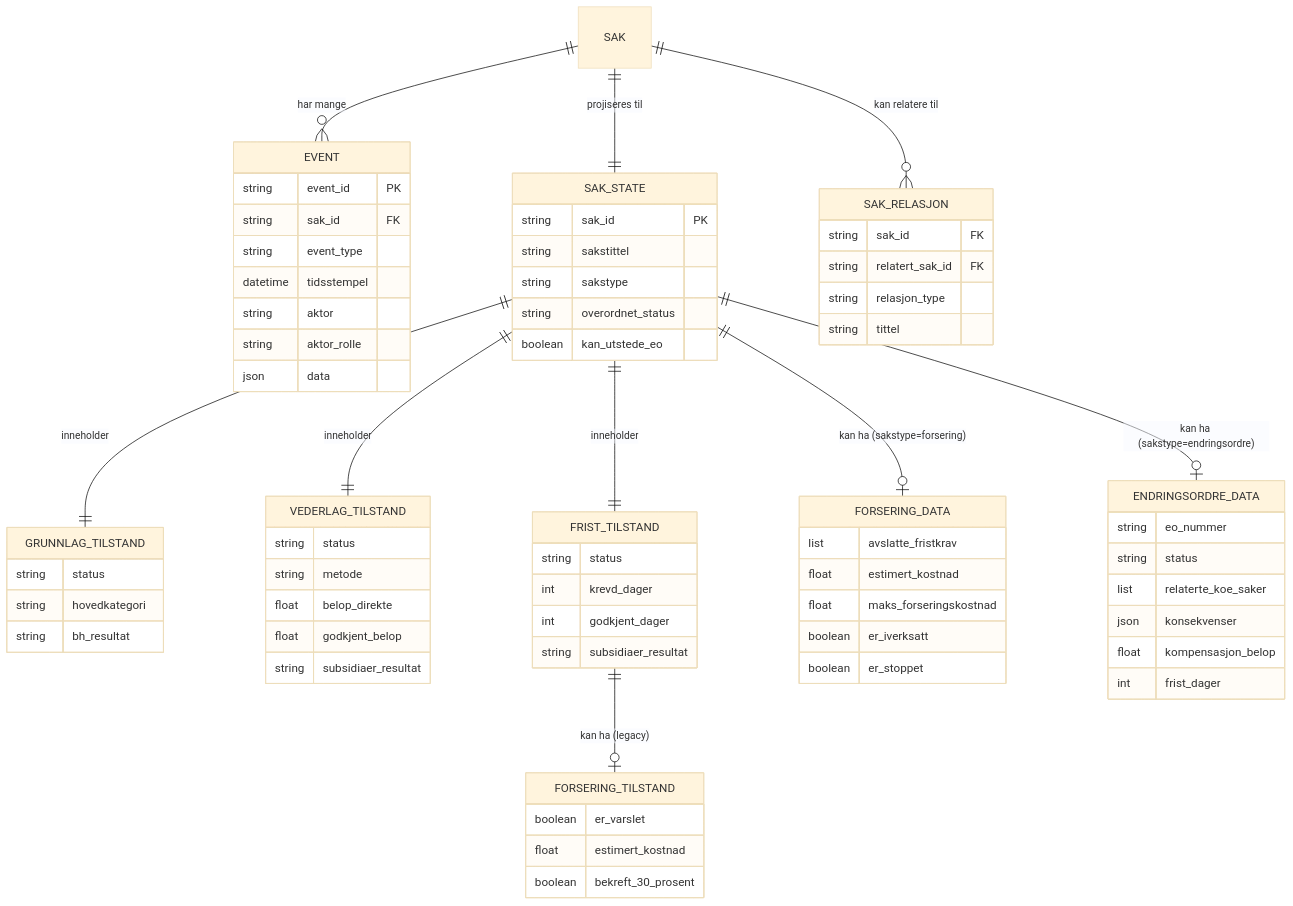
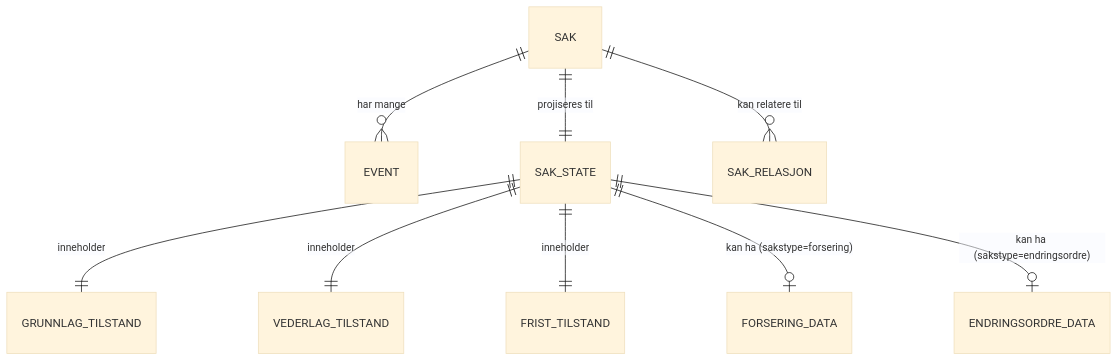
Before and after one commit to khjohns/unified-timeline: the first of 4 diagrams in docs/ARCHITECTURE_AND_DATAMODEL.md, drawn with Mermaid (base theme). The commit also changed other lines of this file, not shown here.

````diff
--- a/docs/ARCHITECTURE_AND_DATAMODEL.md
+++ b/docs/ARCHITECTURE_AND_DATAMODEL.md
@@ -318,75 +169,4 @@
     SAK_STATE ||--|| FRIST_TILSTAND : "inneholder"
     SAK_STATE ||--o| FORSERING_DATA : "kan ha (sakstype=forsering)"
     SAK_STATE ||--o| ENDRINGSORDRE_DATA : "kan ha (sakstype=endringsordre)"
-
-    FRIST_TILSTAND ||--o| FORSERING_TILSTAND : "kan ha (legacy)"
-
-    EVENT {
-        string event_id PK
-        string sak_id FK
-        string event_type
-        datetime tidsstempel
-        string aktor
-        string aktor_rolle
-        json data
-    }
-
-    SAK_STATE {
-        string sak_id PK
-        string sakstittel
-        string sakstype
-        string overordnet_status
-        boolean kan_utstede_eo
-    }
-
-    SAK_RELASJON {
-        string sak_id FK
-        string relatert_sak_id FK
-        string relasjon_type
-        string tittel
-    }
-
-    GRUNNLAG_TILSTAND {
-        string status
-        string hovedkategori
-        string bh_resultat
-    }
-
-    VEDERLAG_TILSTAND {
-        string status
-        string metode
-        float belop_direkte
-        float godkjent_belop
-        string subsidiaer_resultat
-    }
-
-    FRIST_TILSTAND {
-        string status
-        int krevd_dager
-        int godkjent_dager
-        string subsidiaer_resultat
-    }
-
-    FORSERING_TILSTAND {
-        boolean er_varslet
-        float estimert_kostnad
-        boolean bekreft_30_prosent
-    }
-
-    FORSERING_DATA {
-        list avslatte_fristkrav
-        float estimert_kostnad
-        float maks_forseringskostnad
-        boolean er_iverksatt
-        boolean er_stoppet
-    }
-
-    ENDRINGSORDRE_DATA {
-        string eo_nummer
-        string status
-        list relaterte_koe_saker
-        json konsekvenser
-        float kompensasjon_belop
-        int frist_dager
-    }
 ```
````
